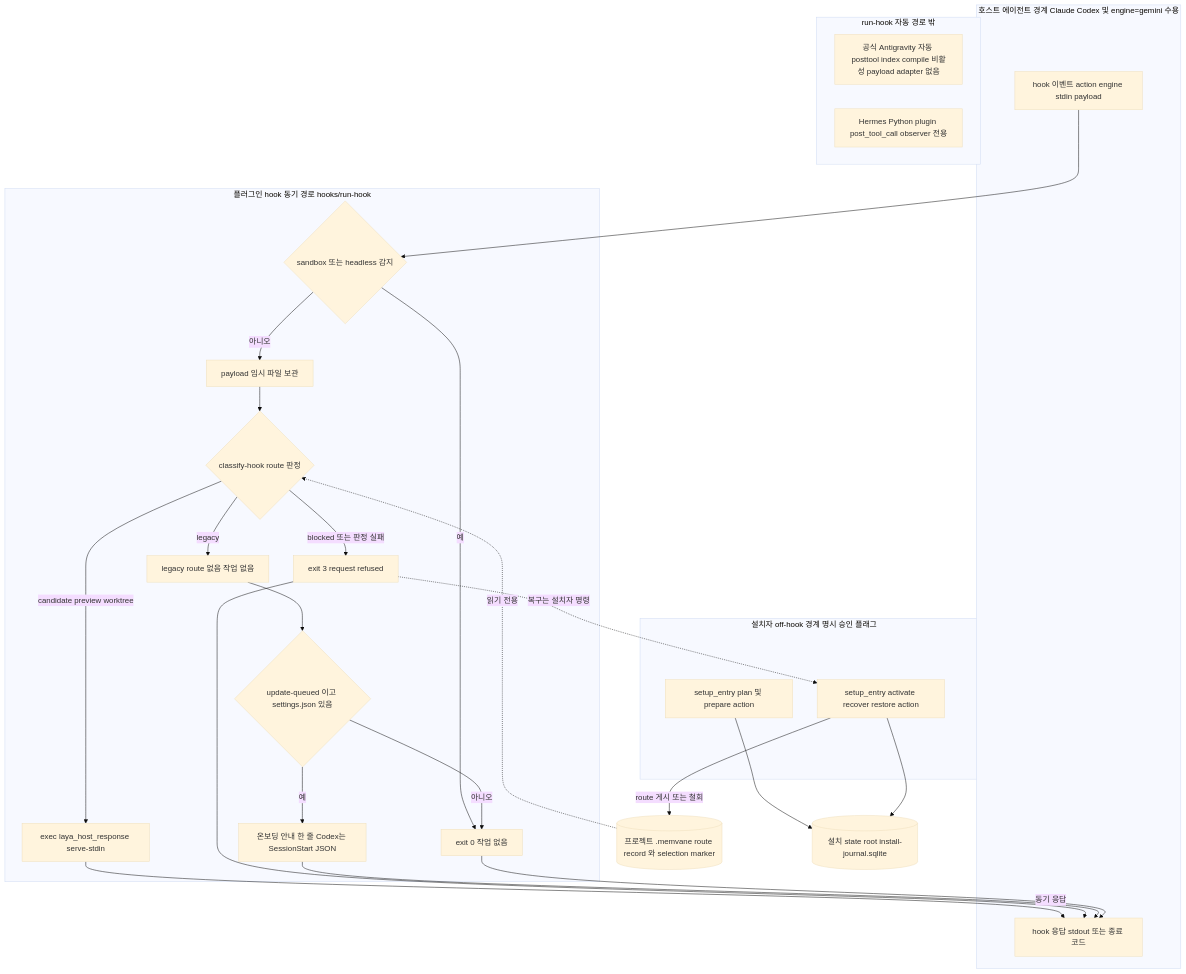
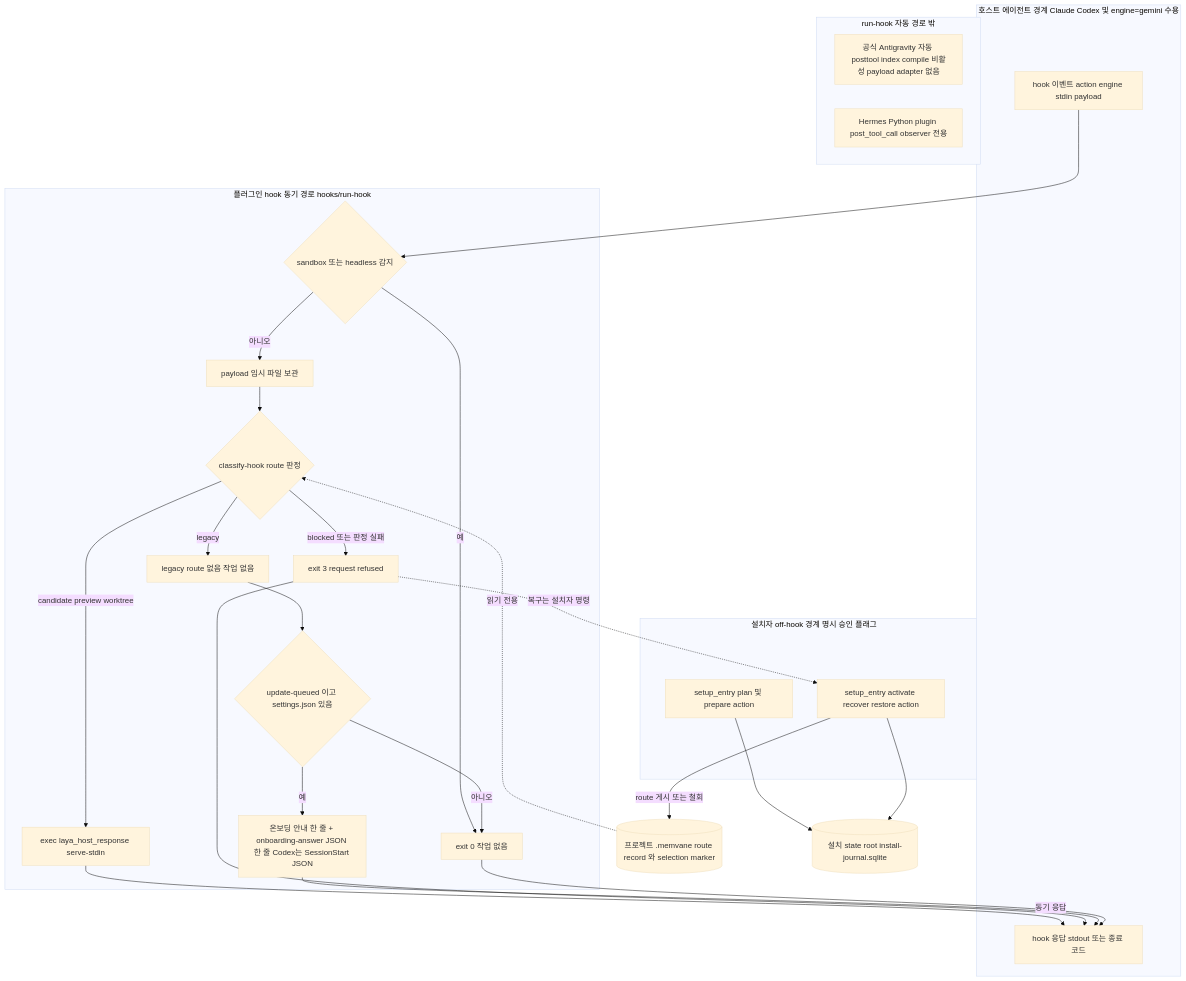
Before and after one commit to zbdulee/memvane: the diagram in docs/architecture/flows/01-install-host-hooks.md, drawn with Mermaid (base theme). The commit also changed other lines of this file and 10 other files, not shown here.

First line of the commit message:
fix(onboarding): canonical project key, timed skips, short notice with JSON commands

````diff
--- a/docs/architecture/flows/01-install-host-hooks.md
+++ b/docs/architecture/flows/01-install-host-hooks.md
@@ -11,48 +11,48 @@
 ```mermaid
 flowchart TD
   subgraph HOST["호스트 에이전트 경계 Claude Codex 및 engine=gemini 수용"]
     EV["hook 이벤트 action engine stdin payload"]
     OUT["hook 응답 stdout 또는 종료 코드"]
   end
   subgraph LIMIT["run-hook 자동 경로 밖"]
     AG["공식 Antigravity 자동 posttool index compile 비활성 payload adapter 없음"]
     HM["Hermes Python plugin post_tool_call observer 전용"]
   end
   subgraph HOOK["플러그인 hook 동기 경로 hooks/run-hook"]
     SB{"sandbox 또는 headless 감지"}
     PL["payload 임시 파일 보관"]
     RT{"classify-hook route 판정"}
     CA["exec laya_host_response serve-stdin"]
     BL["exit 3 request refused"]
     LG["legacy route 없음 작업 없음"]
     ON{"update-queued 이고 settings.json 있음"}
-    NT["온보딩 안내 한 줄 Codex는 SessionStart JSON"]
+    NT["온보딩 안내 한 줄 + onboarding-answer JSON 한 줄 Codex는 SessionStart JSON"]
     NOP["exit 0 작업 없음"]
   end
   subgraph INST["설치자 off-hook 경계 명시 승인 플래그"]
     IP["setup_entry plan 및 prepare action"]
     IA["setup_entry activate recover restore action"]
   end
   RS[("프로젝트 .memvane route record 와 selection marker")]
   JS[("설치 state root install-journal.sqlite")]
 
   EV --> SB
   SB -->|"예"| NOP
   SB -->|"아니오"| PL
   PL --> RT
   RS -.->|"읽기 전용"| RT
   RT -->|"candidate preview worktree"| CA
   CA -->|"동기 응답"| OUT
   RT -->|"blocked 또는 판정 실패"| BL
   BL --> OUT
   RT -->|"legacy"| LG
   LG --> ON
   ON -->|"예"| NT
   NT --> OUT
   ON -->|"아니오"| NOP
   NOP --> OUT
   IP --> JS
   IA --> JS
   IA -->|"route 게시 또는 철회"| RS
   BL -.->|"복구는 설치자 명령"| IA
 ```
````
